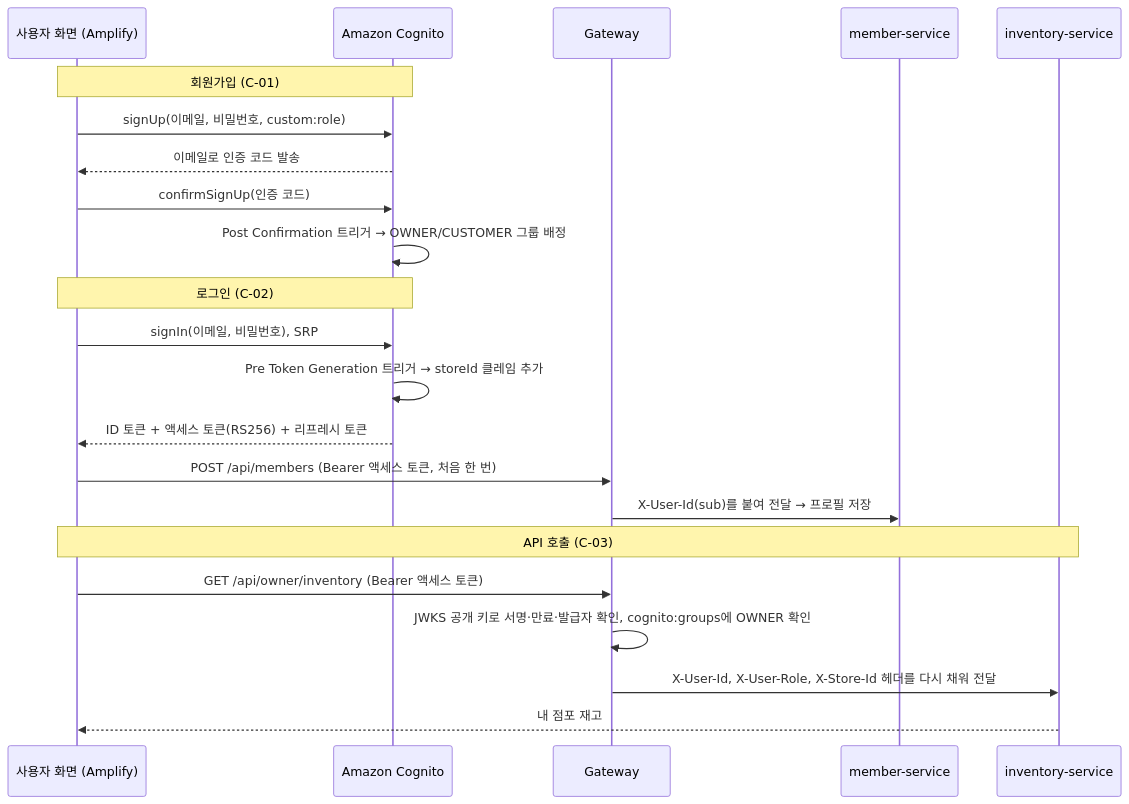
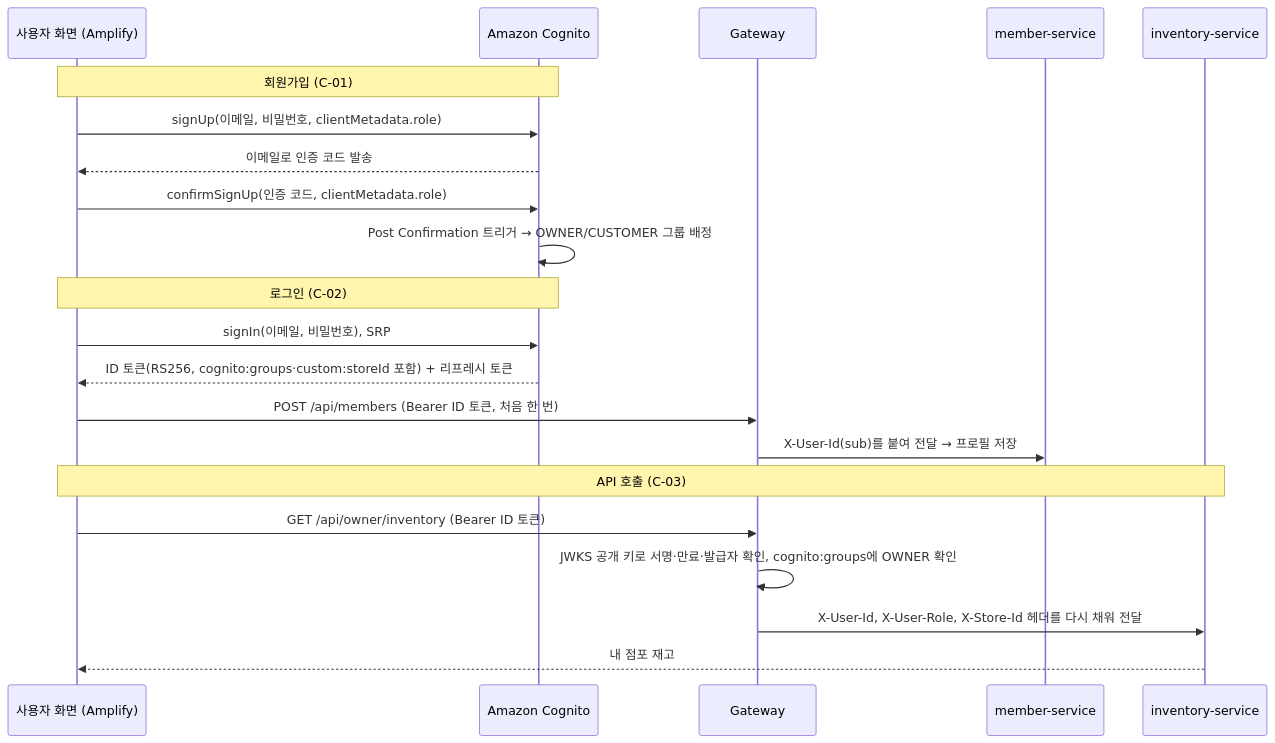
The third of 3 diagrams in docs/기술스택과 선택이유.md (sesac-freshlink/infra), drawn with Mermaid before and after one commit. The commit also changed other lines of this file and 2 other files, not shown here.

Commit message:
docs: Cognito ID 토큰 검증으로 맞춤 (aud 확인, clientMetadata.role로 그룹 배정)

````diff
--- a/docs/기술스택과 선택이유.md
+++ b/docs/기술스택과 선택이유.md
@@ -219,27 +219,26 @@
 ```mermaid
 sequenceDiagram
     participant U as 사용자 화면 (Amplify)
     participant COG as Amazon Cognito
     participant GW as Gateway
     participant MEM as member-service
     participant INV as inventory-service
 
     Note over U,COG: 회원가입 (C-01)
-    U->>COG: signUp(이메일, 비밀번호, custom:role)
+    U->>COG: signUp(이메일, 비밀번호, clientMetadata.role)
     COG-->>U: 이메일로 인증 코드 발송
-    U->>COG: confirmSignUp(인증 코드)
+    U->>COG: confirmSignUp(인증 코드, clientMetadata.role)
     COG->>COG: Post Confirmation 트리거 → OWNER/CUSTOMER 그룹 배정
 
     Note over U,COG: 로그인 (C-02)
     U->>COG: signIn(이메일, 비밀번호), SRP
-    COG->>COG: Pre Token Generation 트리거 → storeId 클레임 추가
-    COG-->>U: ID 토큰 + 액세스 토큰(RS256) + 리프레시 토큰
-    U->>GW: POST /api/members (Bearer 액세스 토큰, 처음 한 번)
+    COG-->>U: ID 토큰(RS256, cognito:groups·custom:storeId 포함) + 리프레시 토큰
+    U->>GW: POST /api/members (Bearer ID 토큰, 처음 한 번)
     GW->>MEM: X-User-Id(sub)를 붙여 전달 → 프로필 저장
 
     Note over U,INV: API 호출 (C-03)
-    U->>GW: GET /api/owner/inventory (Bearer 액세스 토큰)
+    U->>GW: GET /api/owner/inventory (Bearer ID 토큰)
     GW->>GW: JWKS 공개 키로 서명·만료·발급자 확인, cognito:groups에 OWNER 확인
     GW->>INV: X-User-Id, X-User-Role, X-Store-Id 헤더를 다시 채워 전달
     INV-->>U: 내 점포 재고
 ```
````
